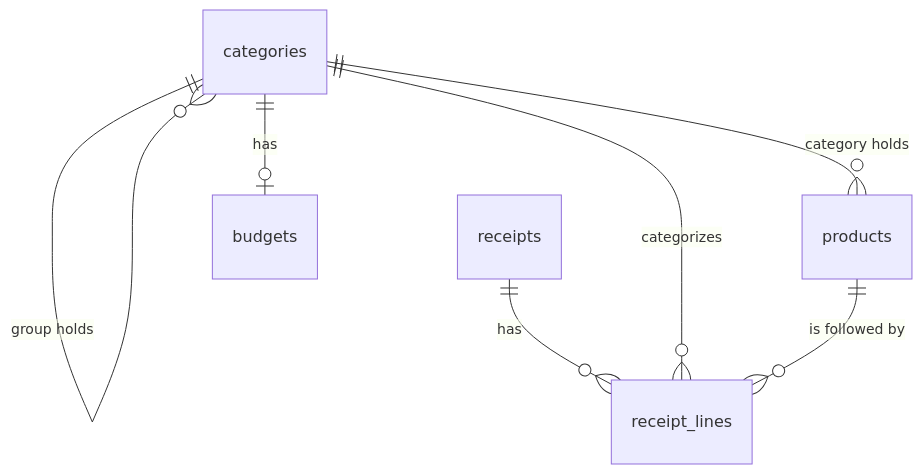
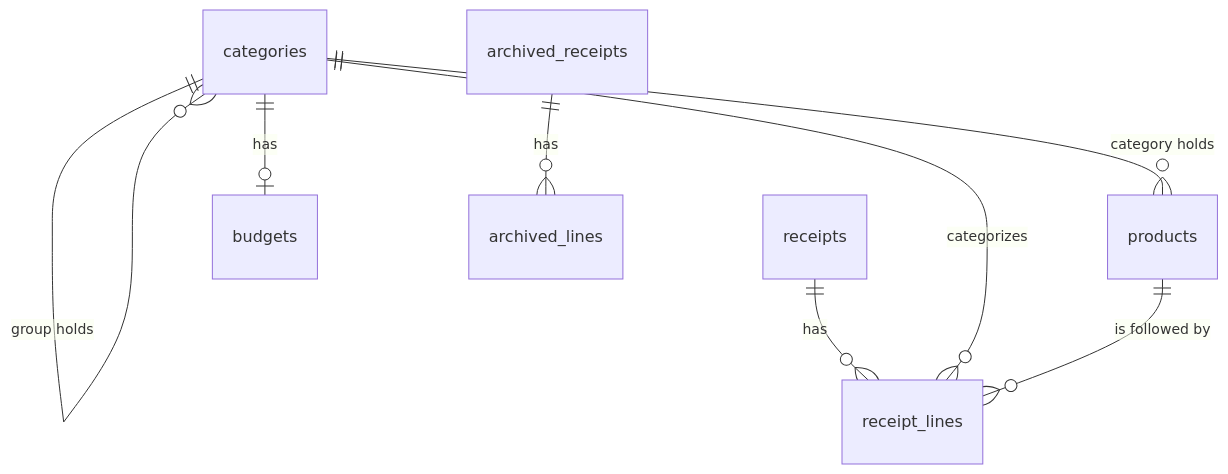
Before and after one commit to PekkaJuN/RRMCApplication: the diagram in docs/datamodel.md, drawn with Mermaid. The commit also changed other lines of this file and 90 other files, not shown here.

````diff
--- a/docs/datamodel.md
+++ b/docs/datamodel.md
@@ -130,9 +171,10 @@
 ```mermaid
 erDiagram
   categories ||--o{ categories : "group holds"
   categories ||--o{ products : "category holds"
   receipts ||--o{ receipt_lines : "has"
   categories ||--o{ receipt_lines : "categorizes"
   categories ||--o| budgets : "has"
   products ||--o{ receipt_lines : "is followed by"
+  archived_receipts ||--o{ archived_lines : "has"
 ```
````
